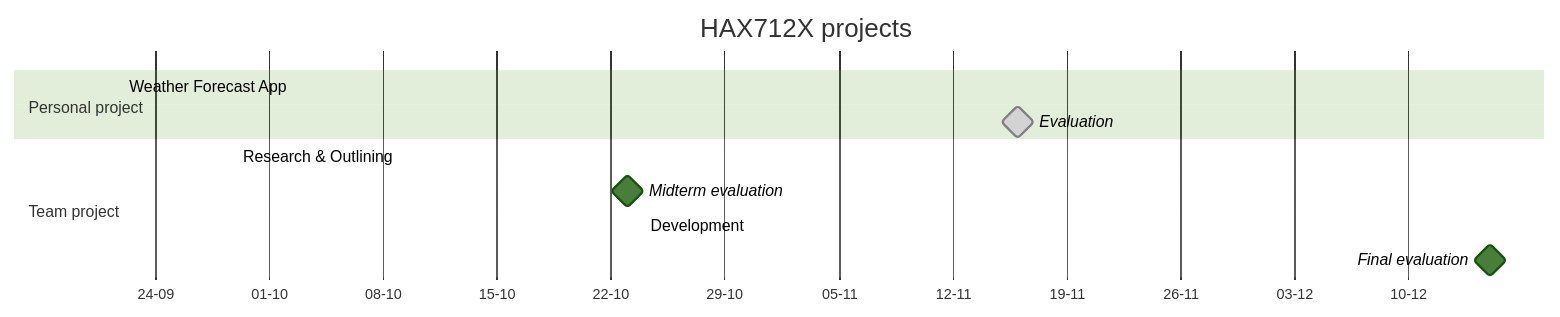
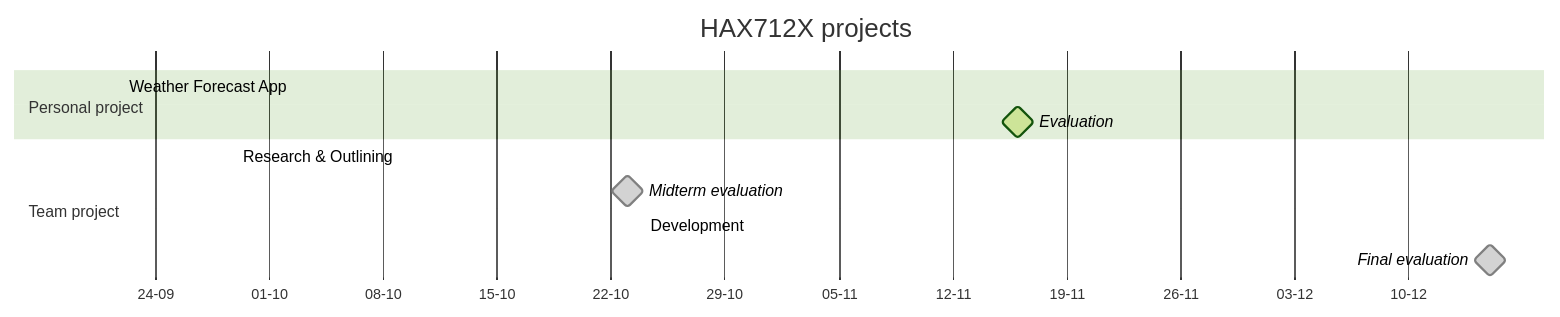
The first of 2 diagrams in Projects/2023-2024/README.qmd (josephsalmon/HAX712X), drawn with Mermaid (forest theme) before and after one commit. The commit also changed 1 other file, not shown here.

Commit message:
Remove redondant info on website

````diff
--- a/Projects/2023-2024/README.qmd
+++ b/Projects/2023-2024/README.qmd
@@ -16,13 +16,13 @@
 ```{mermaid}
     gantt
         title HAX712X projects
         axisFormat %d-%m
         section Personal project 
-            Weather Forecast App    :done,                2023-09-22, 2023-11-15
-            Evaluation              :done, milestone,           2023-11-16, 2023-11-16
+            Weather Forecast App    :active,                2023-09-22, 2023-11-15
+            Evaluation              :active, milestone,           2023-11-16, 2023-11-16
         section Team project 
-            Research & Outlining    :active,         2023-09-29, 2023-10-23
-            Midterm evaluation      :milestone,      2023-10-23, 2023-10-23
-            Development             :active,         2023-10-24, 2023-12-10
-            Final evaluation        :milestone,      2023-12-15, 2023-12-15
+            Research & Outlining    :done,         2023-09-29, 2023-10-23
+            Midterm evaluation      :done,milestone,      2023-10-23, 2023-10-23
+            Development             :done,         2023-10-24, 2023-12-10
+            Final evaluation        :done,milestone,      2023-12-15, 2023-12-15
 ```
````
